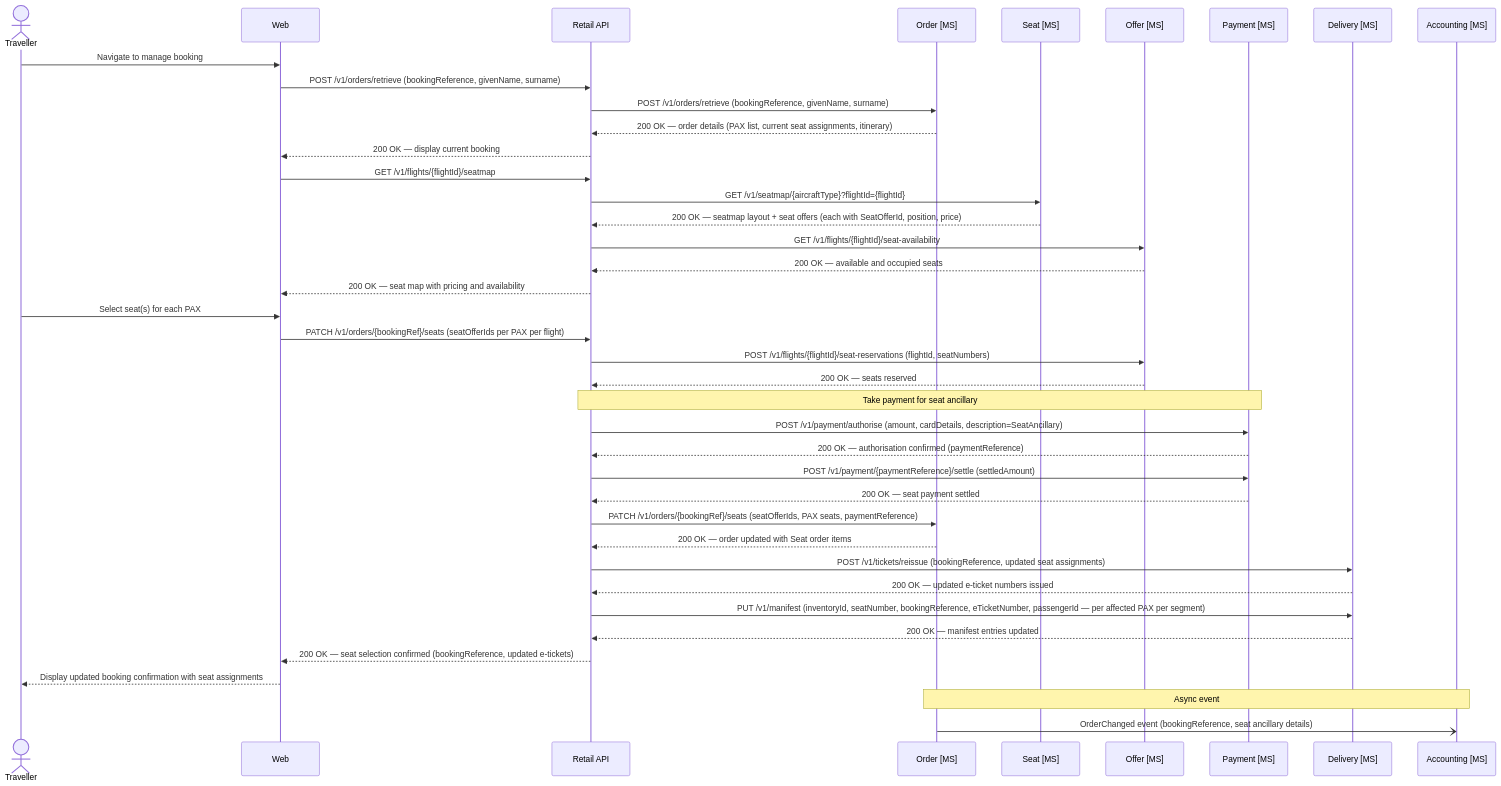
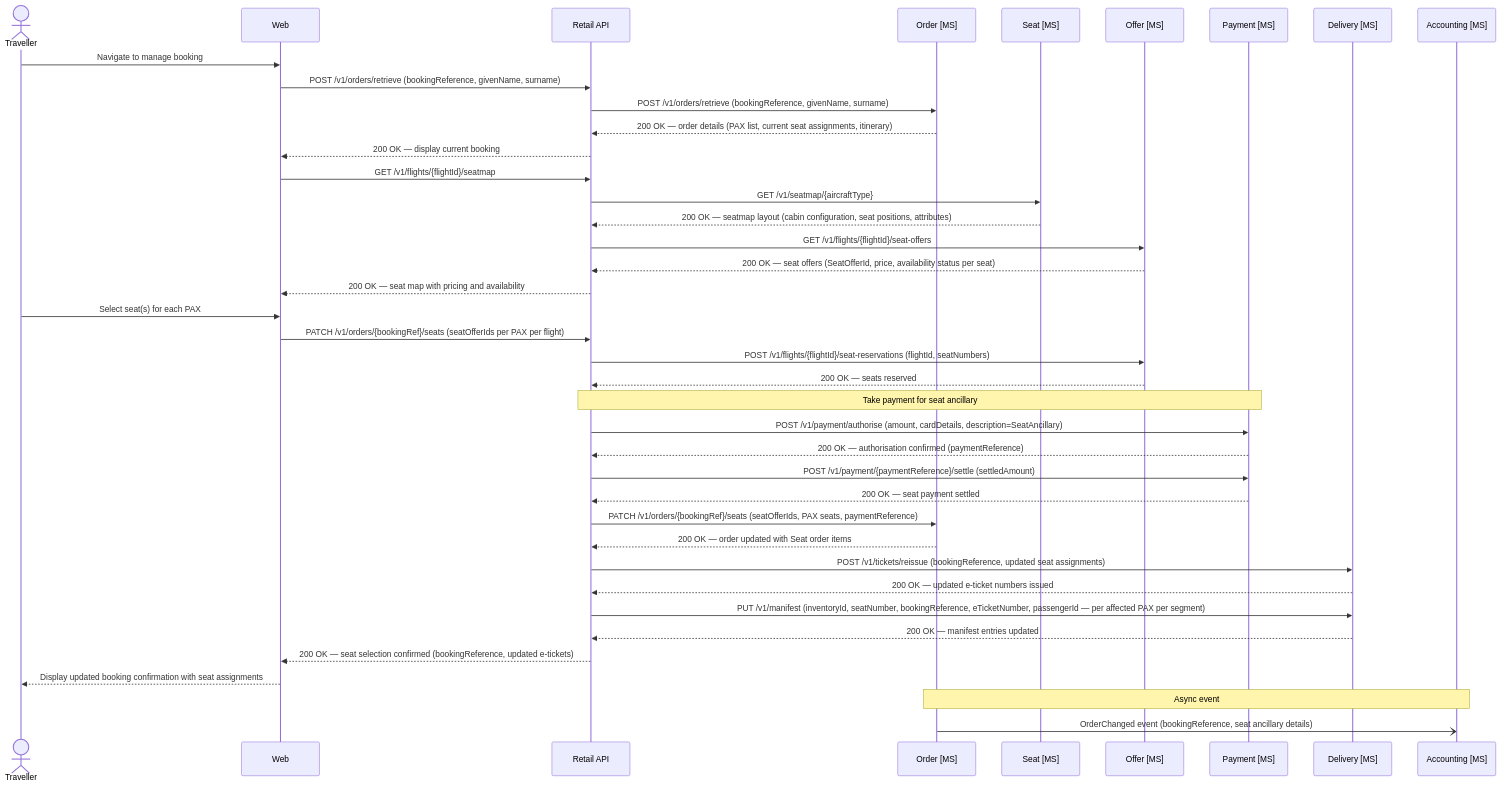
One commit to sebharvey/airline-reservation-system changed diagram 14 of 22 in architecture/design.md. Above: the diagram before and after it, drawn with Mermaid. The commit also changed other lines of this file and 1 other file, not shown here.

First line of the commit message:
Fix additional design/API conflicts from second-pass review

````diff
--- a/architecture/design.md
+++ b/architecture/design.md
@@ -1607,54 +1624,54 @@
 ```mermaid
 sequenceDiagram
     actor Traveller
     participant Web
     participant RetailAPI as Retail API
     participant OrderMS as Order [MS]
     participant SeatMS as Seat [MS]
     participant OfferMS as Offer [MS]
     participant PaymentMS as Payment [MS]
     participant DeliveryMS as Delivery [MS]
     participant AccountingMS as Accounting [MS]
 
     Traveller->>Web: Navigate to manage booking
 
     Web->>RetailAPI: POST /v1/orders/retrieve (bookingReference, givenName, surname)
     RetailAPI->>OrderMS: POST /v1/orders/retrieve (bookingReference, givenName, surname)
     OrderMS-->>RetailAPI: 200 OK — order details (PAX list, current seat assignments, itinerary)
     RetailAPI-->>Web: 200 OK — display current booking
 
     Web->>RetailAPI: GET /v1/flights/{flightId}/seatmap
-    RetailAPI->>SeatMS: GET /v1/seatmap/{aircraftType}?flightId={flightId}
-    SeatMS-->>RetailAPI: 200 OK — seatmap layout + seat offers (each with SeatOfferId, position, price)
-    RetailAPI->>OfferMS: GET /v1/flights/{flightId}/seat-availability
-    OfferMS-->>RetailAPI: 200 OK — available and occupied seats
+    RetailAPI->>SeatMS: GET /v1/seatmap/{aircraftType}
+    SeatMS-->>RetailAPI: 200 OK — seatmap layout (cabin configuration, seat positions, attributes)
+    RetailAPI->>OfferMS: GET /v1/flights/{flightId}/seat-offers
+    OfferMS-->>RetailAPI: 200 OK — seat offers (SeatOfferId, price, availability status per seat)
     RetailAPI-->>Web: 200 OK — seat map with pricing and availability
 
     Traveller->>Web: Select seat(s) for each PAX
 
     Web->>RetailAPI: PATCH /v1/orders/{bookingRef}/seats (seatOfferIds per PAX per flight)
 
     RetailAPI->>OfferMS: POST /v1/flights/{flightId}/seat-reservations (flightId, seatNumbers)
     OfferMS-->>RetailAPI: 200 OK — seats reserved
 
     Note over RetailAPI, PaymentMS: Take payment for seat ancillary
     RetailAPI->>PaymentMS: POST /v1/payment/authorise (amount, cardDetails, description=SeatAncillary)
     PaymentMS-->>RetailAPI: 200 OK — authorisation confirmed (paymentReference)
     RetailAPI->>PaymentMS: POST /v1/payment/{paymentReference}/settle (settledAmount)
     PaymentMS-->>RetailAPI: 200 OK — seat payment settled
 
     RetailAPI->>OrderMS: PATCH /v1/orders/{bookingRef}/seats (seatOfferIds, PAX seats, paymentReference)
     OrderMS-->>RetailAPI: 200 OK — order updated with Seat order items
 
     RetailAPI->>DeliveryMS: POST /v1/tickets/reissue (bookingReference, updated seat assignments)
     DeliveryMS-->>RetailAPI: 200 OK — updated e-ticket numbers issued
 
     RetailAPI->>DeliveryMS: PUT /v1/manifest (inventoryId, seatNumber, bookingReference, eTicketNumber, passengerId — per affected PAX per segment)
     DeliveryMS-->>RetailAPI: 200 OK — manifest entries updated
 
     RetailAPI-->>Web: 200 OK — seat selection confirmed (bookingReference, updated e-tickets)
     Web-->>Traveller: Display updated booking confirmation with seat assignments
 
     Note over OrderMS, AccountingMS: Async event
     OrderMS-)AccountingMS: OrderChanged event (bookingReference, seat ancillary details)
 ```
````
